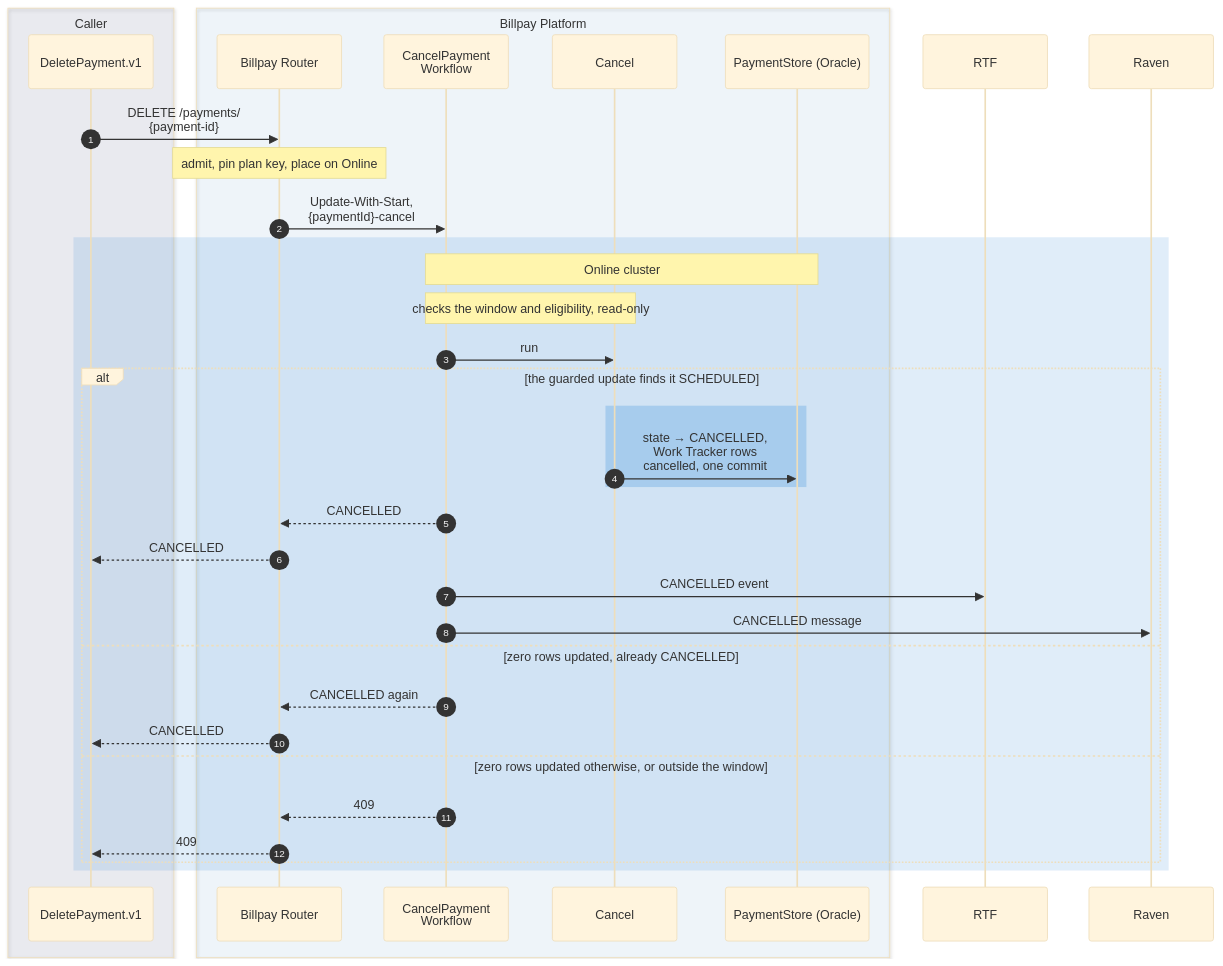
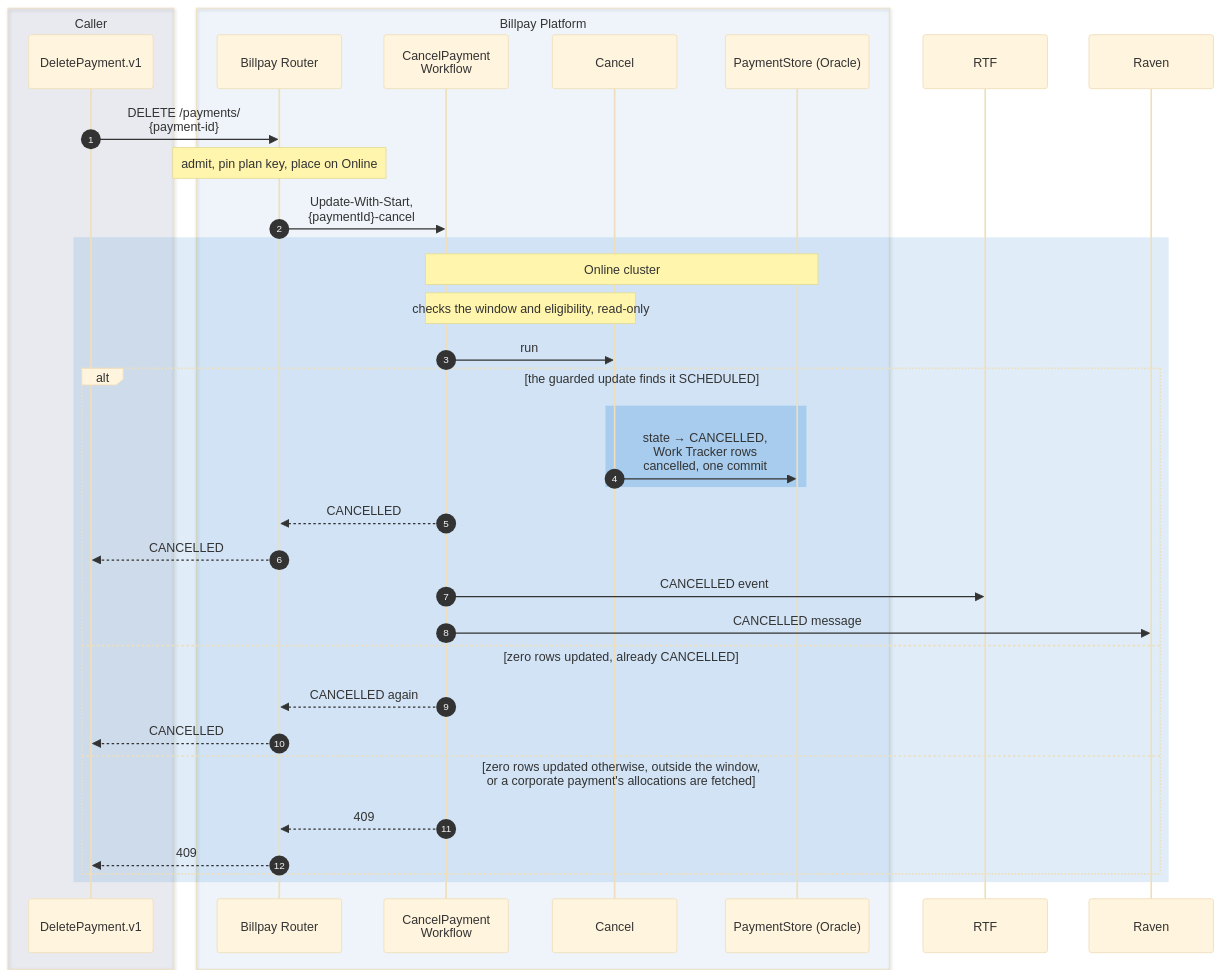
The sixth of 13 diagrams in website/docs/design/sequence-diagrams.md (arunav-bhattacharya/billpay-book), drawn with Mermaid (base theme) before and after one commit. The commit also changed other lines of this file and 19 other files, not shown here.

````diff
--- a/website/docs/design/sequence-diagrams.md
+++ b/website/docs/design/sequence-diagrams.md
@@ -406,48 +406,48 @@
 ```mermaid
 ---
 config:
   fontFamily: "BentonSansUI, Helvetica, Arial, sans-serif"
   fontSize: 15
 ---
 sequenceDiagram
   autonumber
 
   box rgba(0,23,90,0.07) Caller
     participant OD as DeletePayment.v1
   end
 
   box rgba(0,111,207,0.05) Billpay Platform
     participant R as Billpay Router
     participant CW as CancelPayment<br/>Workflow
     participant CAN as Cancel
     participant PS as PaymentStore (Oracle)
   end
 
   participant RTF
   participant RAV as Raven
 
   OD->>R: DELETE /payments/<br/>{payment-id}
   Note over R: admit, pin plan key, place on Online
   R->>CW: Update-With-Start,<br/>{paymentId}-cancel
 
   rect rgba(0,111,207,0.12)
     Note over CW,PS: Online cluster
     Note over CW,CAN: checks the window and eligibility, read-only
     CW->>CAN: run
     alt the guarded update finds it SCHEDULED
       rect rgba(102,169,226,0.40)
         CAN->>PS: state → CANCELLED,<br/>Work Tracker rows<br/>cancelled, one commit
       end
       CW-->>R: CANCELLED
       R-->>OD: CANCELLED
       CW->>RTF: CANCELLED event
       CW->>RAV: CANCELLED message
     else zero rows updated, already CANCELLED
       CW-->>R: CANCELLED again
       R-->>OD: CANCELLED
-    else zero rows updated otherwise, or outside the window
+    else zero rows updated otherwise, outside the window,<br/>or a corporate payment's allocations are fetched
       CW-->>R: 409
       R-->>OD: 409
     end
   end
 ```
````
